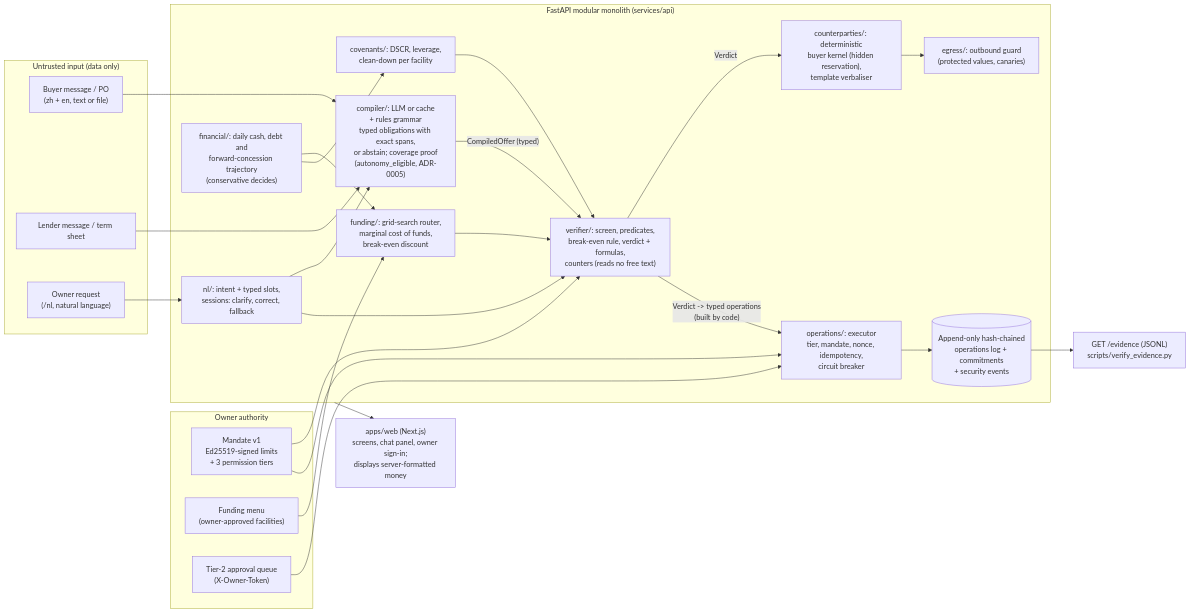
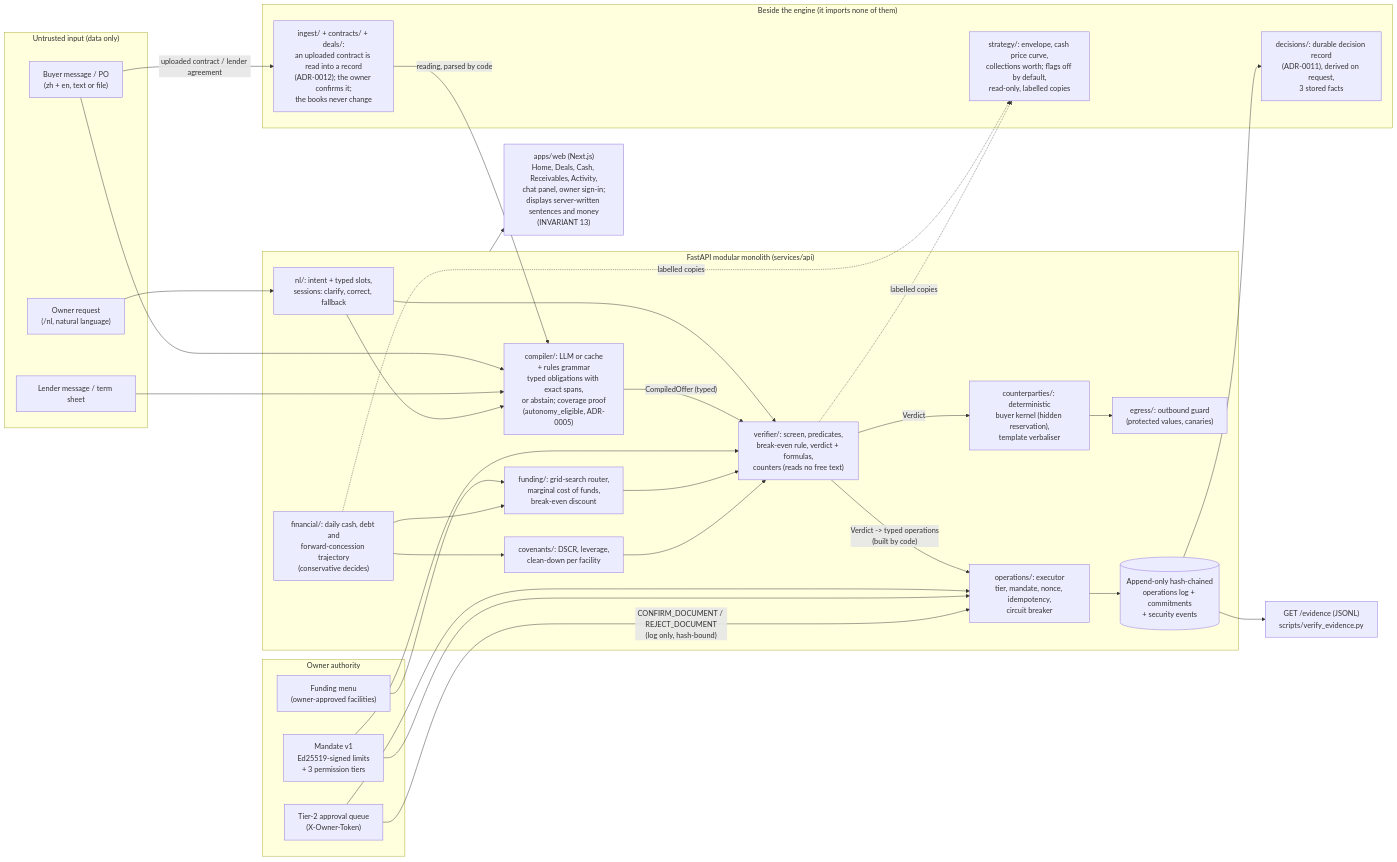
One commit to peachoolongtee/smu2sz changed the diagram in docs/deliverables/architecture.mmd. Above: the diagram before and after it, drawn with Mermaid. The commit also changed 1 other file, not shown here.

Commit message:
Technical document and architecture diagram refreshed to dev on 12 Oct 2026: decision record, contract records, strategy layer, test and gate figures

```diff
--- a/docs/deliverables/architecture.mmd
+++ b/docs/deliverables/architecture.mmd
@@ -1,53 +1,65 @@
 %% TermsLedger v2: system architecture (source for the Technical Document, section 02).
 %% Render: npx -p @mermaid-js/mermaid-cli mmdc -i architecture.mmd -o architecture.png -w 2000
 %% scripts/build_deliverables.py embeds docs/deliverables/architecture.png when it exists;
 %% otherwise it uses the ASCII fallback in technical_document.md.
 flowchart LR
   subgraph Untrusted["Untrusted input (data only)"]
     BUYER["Buyer message / PO<br/>(zh + en, text or file)"]
     LENDER["Lender message / term sheet"]
     OWNERNL["Owner request<br/>(/nl, natural language)"]
   end
 
   subgraph Owner["Owner authority"]
     MANDATE["Mandate v1<br/>Ed25519-signed limits<br/>+ 3 permission tiers"]
     MENU["Funding menu<br/>(owner-approved facilities)"]
     APPROVE["Tier-2 approval queue<br/>(X-Owner-Token)"]
   end
 
   subgraph API["FastAPI modular monolith (services/api)"]
     NL["nl/: intent + typed slots,<br/>sessions: clarify, correct, fallback"]
     COMPILER["compiler/: LLM or cache<br/>+ rules grammar<br/>typed obligations with exact spans,<br/>or abstain; coverage proof<br/>(autonomy_eligible, ADR-0005)"]
     ENGINE["financial/: daily cash, debt and<br/>forward-concession trajectory<br/>(conservative decides)"]
     ROUTER["funding/: grid-search router,<br/>marginal cost of funds,<br/>break-even discount"]
     COV["covenants/: DSCR, leverage,<br/>clean-down per facility"]
     VERIFIER["verifier/: screen, predicates,<br/>break-even rule, verdict + formulas,<br/>counters (reads no free text)"]
     KERNEL["counterparties/: deterministic<br/>buyer kernel (hidden reservation),<br/>template verbaliser"]
     EXEC["operations/: executor<br/>tier, mandate, nonce, idempotency,<br/>circuit breaker"]
     EGRESS["egress/: outbound guard<br/>(protected values, canaries)"]
     LOG[("Append-only hash-chained<br/>operations log + commitments<br/>+ security events")]
   end
 
+  subgraph Records["Beside the engine (it imports none of them)"]
+    INGEST["ingest/ + contracts/ + deals/:<br/>an uploaded contract is read into a record<br/>(ADR-0012); the owner confirms it;<br/>the books never change"]
+    DECISIONS["decisions/: durable decision record<br/>(ADR-0011), derived on request,<br/>3 stored facts"]
+    STRATEGY["strategy/: envelope, cash price curve,<br/>collections worth; flags off by default,<br/>read-only, labelled copies"]
+  end
+
   EVID["GET /evidence (JSONL)<br/>scripts/verify_evidence.py"]
-  WEB["apps/web (Next.js)<br/>screens, chat panel, owner sign-in;<br/>displays server-formatted money"]
+  WEB["apps/web (Next.js)<br/>Home, Deals, Cash, Receivables, Activity,<br/>chat panel, owner sign-in;<br/>displays server-written sentences and money<br/>(INVARIANT 13)"]
 
   BUYER --> COMPILER
   LENDER --> COMPILER
   OWNERNL --> NL
   NL --> COMPILER
   NL --> VERIFIER
   COMPILER -->|"CompiledOffer (typed)"| VERIFIER
   MANDATE --> VERIFIER
   MENU --> ROUTER
   ENGINE --> ROUTER
   ENGINE --> COV
   ROUTER --> VERIFIER
   COV --> VERIFIER
   VERIFIER -->|"Verdict"| KERNEL
   VERIFIER -->|"Verdict -> typed operations<br/>(built by code)"| EXEC
   KERNEL --> EGRESS
   EXEC --> LOG
   APPROVE --> EXEC
   MANDATE --> EXEC
   LOG --> EVID
+  BUYER -->|"uploaded contract / lender agreement"| INGEST
+  INGEST -->|"reading, parsed by code"| COMPILER
+  APPROVE -->|"CONFIRM_DOCUMENT / REJECT_DOCUMENT<br/>(log only, hash-bound)"| EXEC
+  LOG --> DECISIONS
+  ENGINE -.->|"labelled copies"| STRATEGY
+  VERIFIER -.->|"labelled copies"| STRATEGY
   API --> WEB
```
